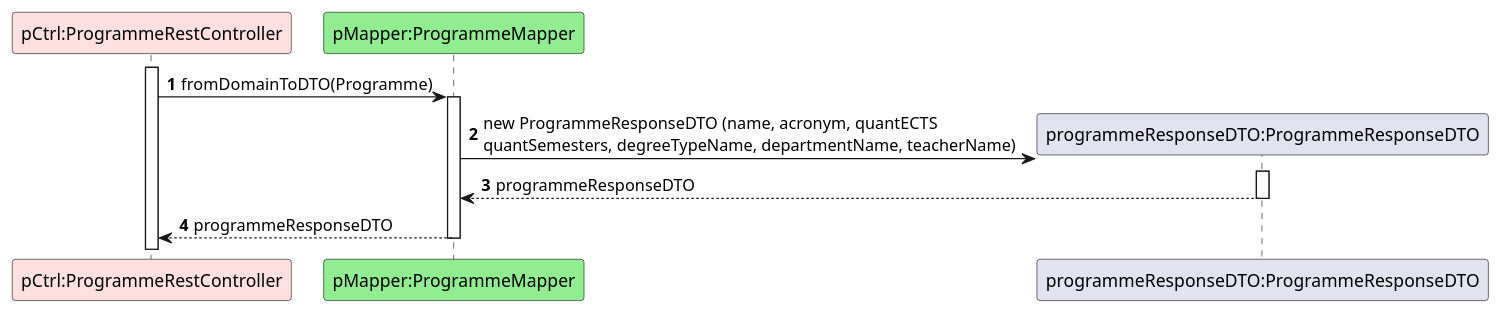
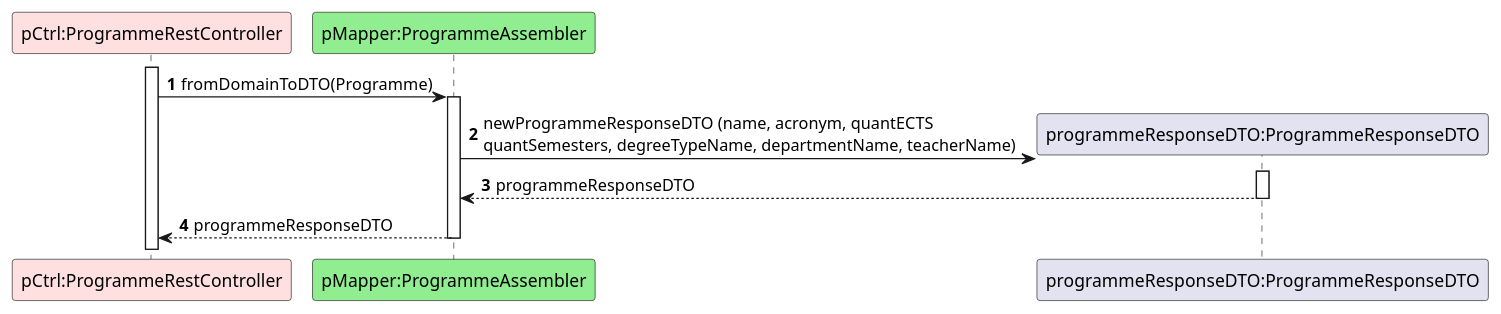
Before and after one commit to GasparISEP/DevOps-PAI: the diagram in docs/US31/ProcessView/Level4/Ref-ConvertProgrammeToProgrammeResponseDTO.puml, drawn with PlantUML. The commit also changed 5 other files, not shown here.

Commit message:
Corrections to registerProgramme's Process Lvl4 Diagrams, #505, #523

```diff
--- a/docs/US31/ProcessView/Level4/Ref-ConvertProgrammeToProgrammeResponseDTO.puml
+++ b/docs/US31/ProcessView/Level4/Ref-ConvertProgrammeToProgrammeResponseDTO.puml
@@ -1,15 +1,15 @@
 @startuml
 autonumber
 
 participant "pCtrl:ProgrammeRestController" as C #implementation
-participant "pMapper:ProgrammeMapper" as PM #lightgreen
+participant "pMapper:ProgrammeAssembler" as PA #lightgreen
 participant "programmeResponseDTO:ProgrammeResponseDTO" as PDTO
 
 activate C
-C -> PM ++: fromDomainToDTO(Programme)
-PM -> PDTO**: new ProgrammeResponseDTO (name, acronym, quantECTS \nquantSemesters, degreeTypeName, departmentName, teacherName)
+C -> PA ++: fromDomainToDTO(Programme)
+PA -> PDTO**: newProgrammeResponseDTO (name, acronym, quantECTS \nquantSemesters, degreeTypeName, departmentName, teacherName)
 activate PDTO
-PDTO --> PM--: programmeResponseDTO
-PM --> C--: programmeResponseDTO
+PDTO --> PA--: programmeResponseDTO
+PA --> C--: programmeResponseDTO
 
 @enduml
```
